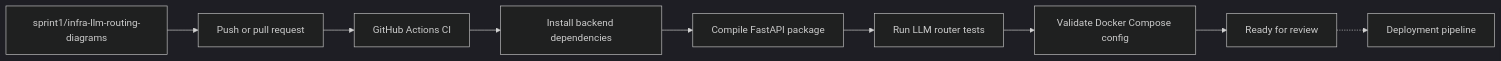
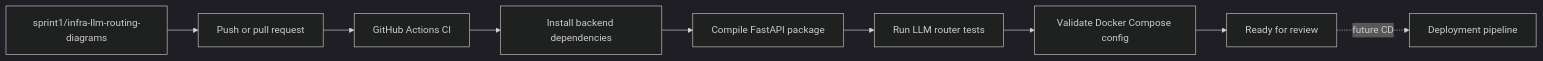
The seventh of 7 diagrams in docs/architecture/README.md (Zienab297/Fixed-Solutions-OpenData-Internship), drawn with Mermaid (dark theme) before and after one commit. The commit also changed other lines of this file and 90 other files, not shown here.

````diff
--- a/docs/architecture/README.md
+++ b/docs/architecture/README.md
@@ -171,11 +171,11 @@
 ```mermaid
 flowchart LR
     branch["sprint1/infra-llm-routing-diagrams"] --> push["Push or pull request"]
     push --> ci["GitHub Actions CI"]
     ci --> deps["Install backend dependencies"]
     deps --> compile["Compile FastAPI package"]
     compile --> tests["Run LLM router tests"]
     tests --> compose["Validate Docker Compose config"]
     compose --> review["Ready for review"]
-    review -.-> deploy["Deployment pipeline"]
+    review -. "future CD" .-> deploy["Deployment pipeline"]
 ```
````
